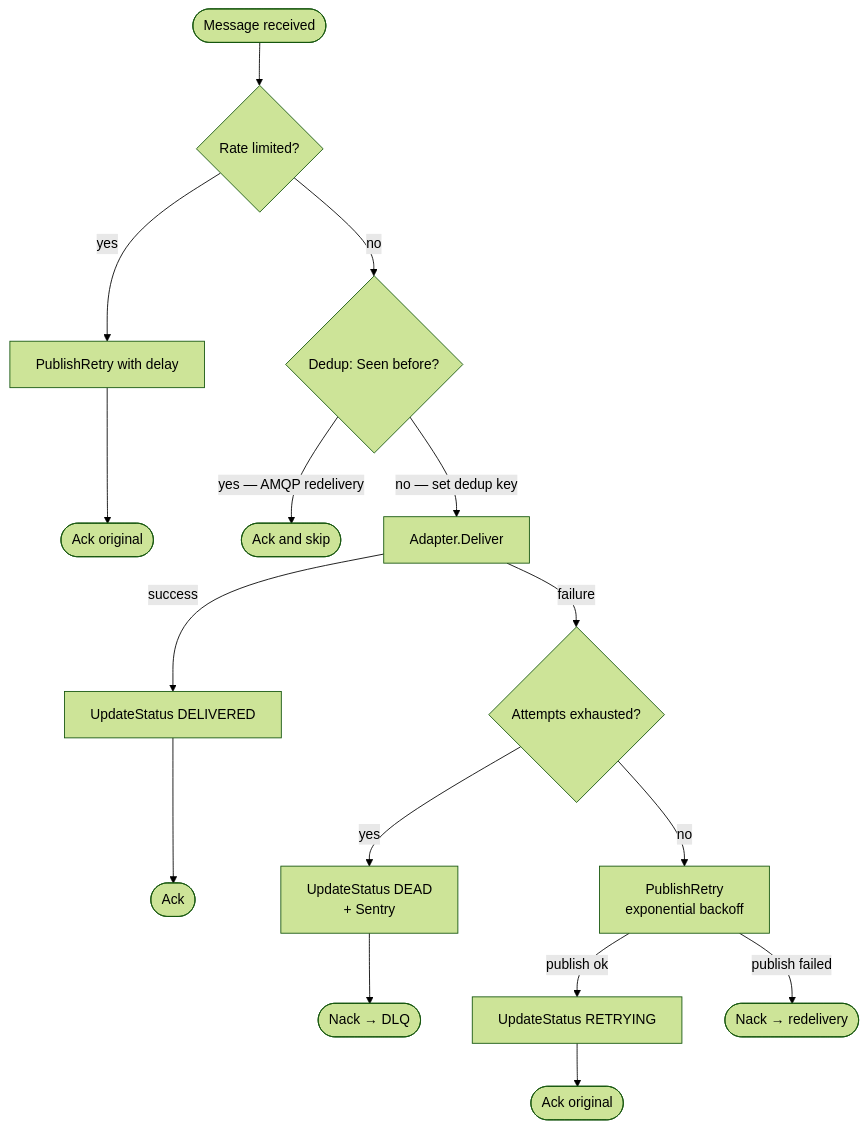
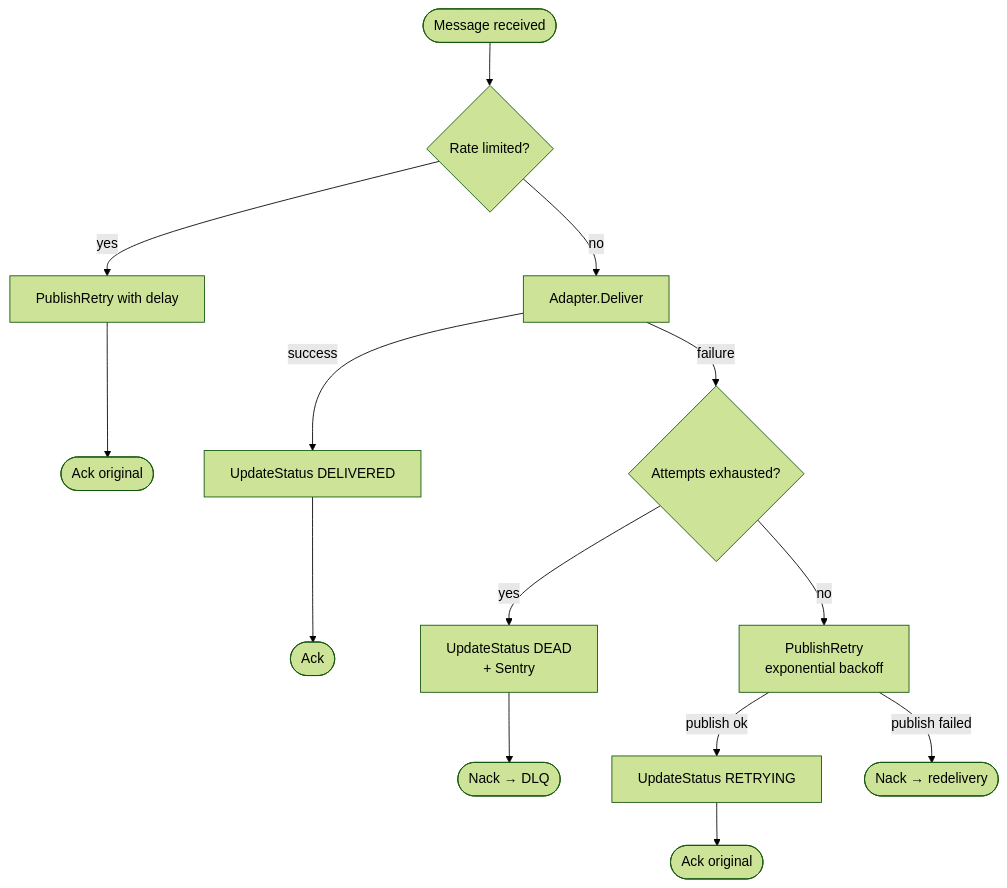
The third of 3 diagrams in docs/worker.md (metabrainz/synapse), drawn with Mermaid (forest theme) before and after one commit. The commit also changed other lines of this file and 3 other files, not shown here.

````diff
--- a/docs/worker.md
+++ b/docs/worker.md
@@ -43,24 +43,21 @@
 ```mermaid
 flowchart TD
     A([Message received]) --> B{Rate limited?}
     B -->|yes| C[PublishRetry with delay]
     C --> C2([Ack original])
 
-    B -->|no| D{Dedup: Seen before?}
-    D -->|yes — AMQP redelivery| D2([Ack and skip])
-
-    D -->|no — set dedup key| E[Adapter.Deliver]
+    B -->|no| E[Adapter.Deliver]
 
     E -->|success| F[UpdateStatus DELIVERED]
     F --> F2([Ack])
 
     E -->|failure| G{Attempts exhausted?}
     G -->|yes| H["UpdateStatus DEAD\n+ Sentry"]
     H --> H2([Nack → DLQ])
 
     G -->|no| I[PublishRetry\nexponential backoff]
     I -->|publish ok| J[UpdateStatus RETRYING]
     J --> J2([Ack original])
 
     I -->|publish failed| K([Nack → redelivery])
 ```
````
